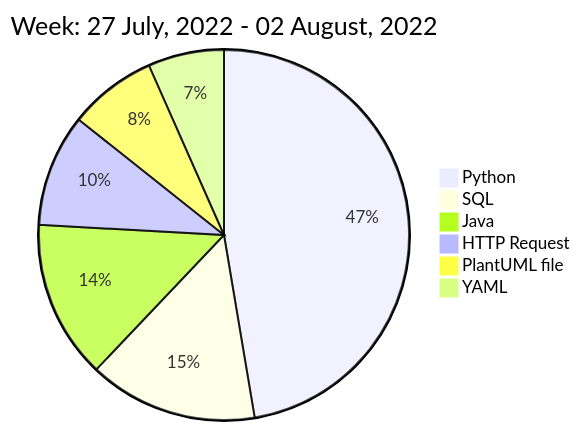
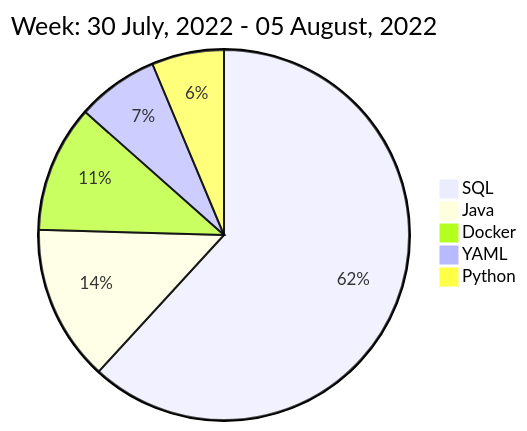
One commit to liubin95/liubin95 changed the diagram in README.md. Above: the diagram before and after it, drawn with Mermaid.

Commit message:
Updated the Graph with new Metrics

````diff
--- a/README.md
+++ b/README.md
@@ -40,10 +40,9 @@
 ```mermaid
  pie
-title Week: 27 July, 2022 - 02 August, 2022
- "Python" : 8.93
- "SQL" : 2.78
- "Java" : 2.6
- "HTTP Request" : 1.85
- "PlantUML file" : 1.45
- "YAML" : 1.25
+title Week: 30 July, 2022 - 05 August, 2022
+ "SQL" : 7.35
+ "Java" : 1.62
+ "Docker" : 1.32
+ "YAML" : 0.85
+ "Python" : 0.75
 ```
````
